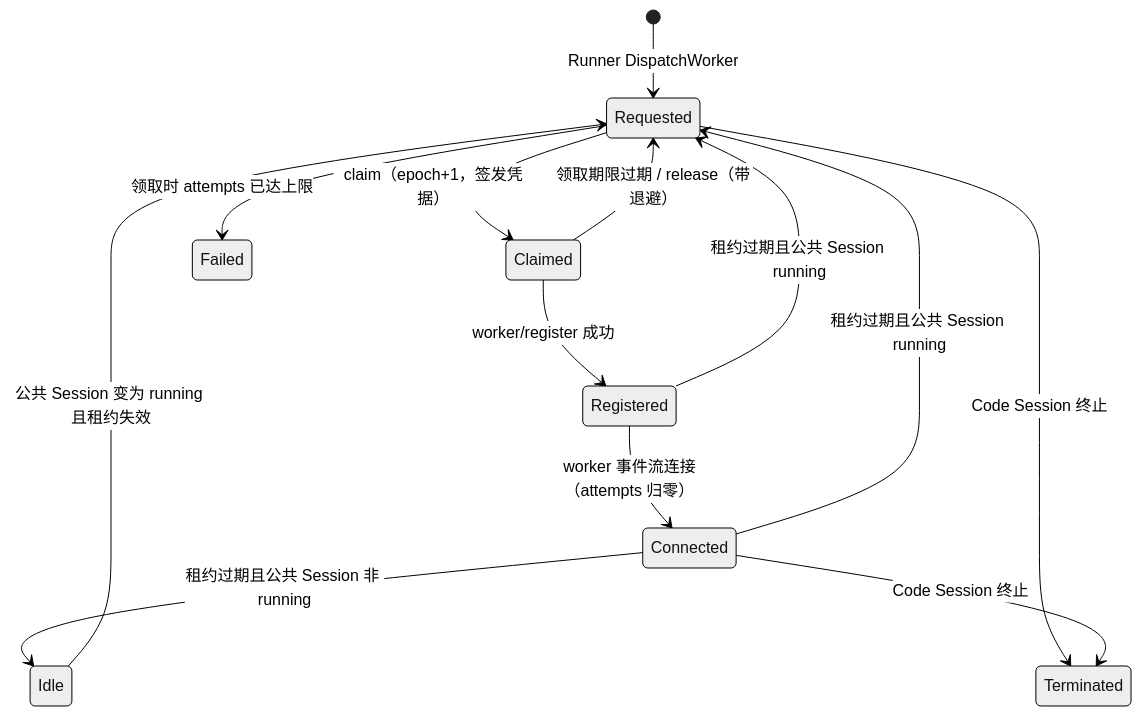
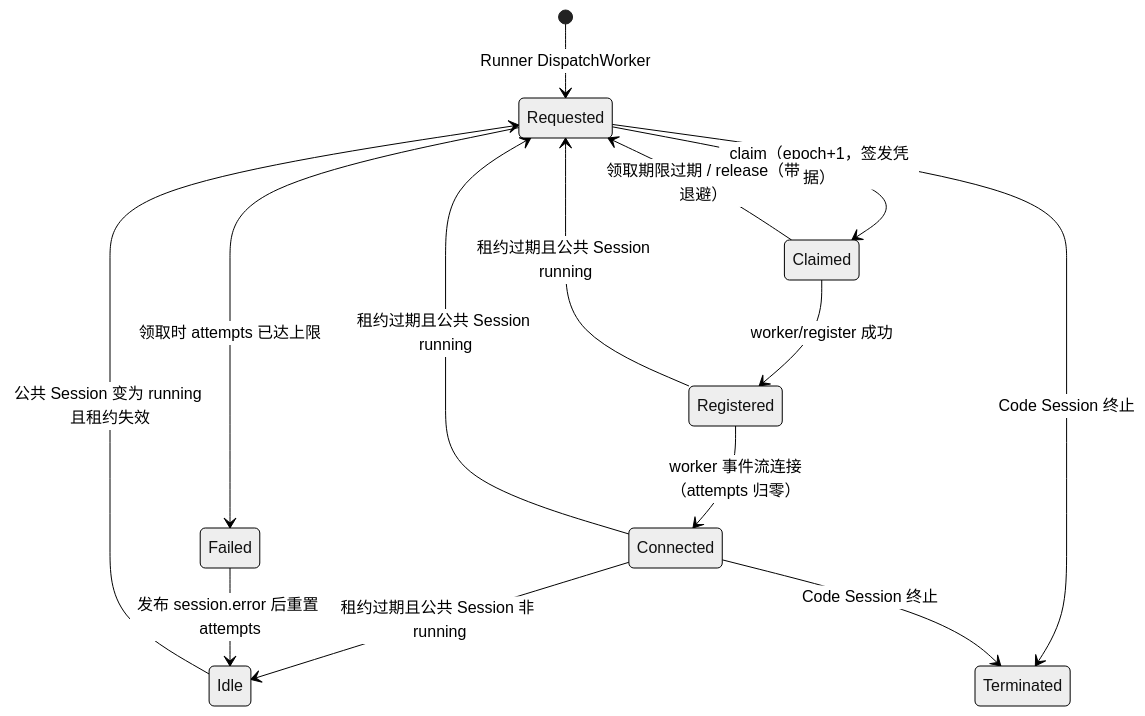
One commit to superduck-ai/open-managed-agents changed the second of 2 diagrams in docs/design/be/brain-worker-claim.md. Above: the diagram before and after it, drawn with Mermaid (neutral theme). The commit also changed other lines of this file and 58 other files, not shown here.

````diff
--- a/docs/design/be/brain-worker-claim.md
+++ b/docs/design/be/brain-worker-claim.md
@@ -100,15 +100,16 @@
 ```mermaid
 stateDiagram-v2
     [*] --> Requested: Runner DispatchWorker
     Idle --> Requested: 公共 Session 变为 running 且租约失效
     Requested --> Claimed: claim（epoch+1，签发凭据）
     Claimed --> Requested: 领取期限过期 / release（带退避）
     Claimed --> Registered: worker/register 成功
     Registered --> Connected: worker 事件流连接（attempts 归零）
     Registered --> Requested: 租约过期且公共 Session running
     Connected --> Requested: 租约过期且公共 Session running
     Connected --> Idle: 租约过期且公共 Session 非 running
     Requested --> Failed: 领取时 attempts 已达上限
+    Failed --> Idle: 发布 session.error 后重置 attempts
     Requested --> Terminated: Code Session 终止
     Connected --> Terminated: Code Session 终止
 ```
````
